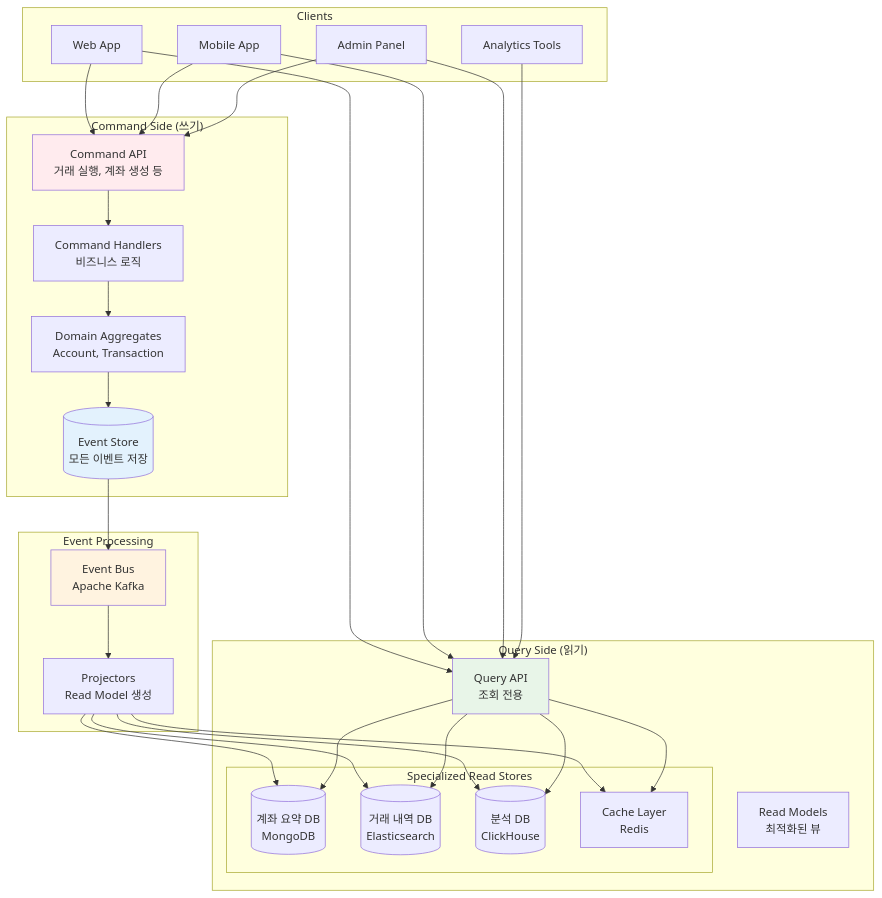
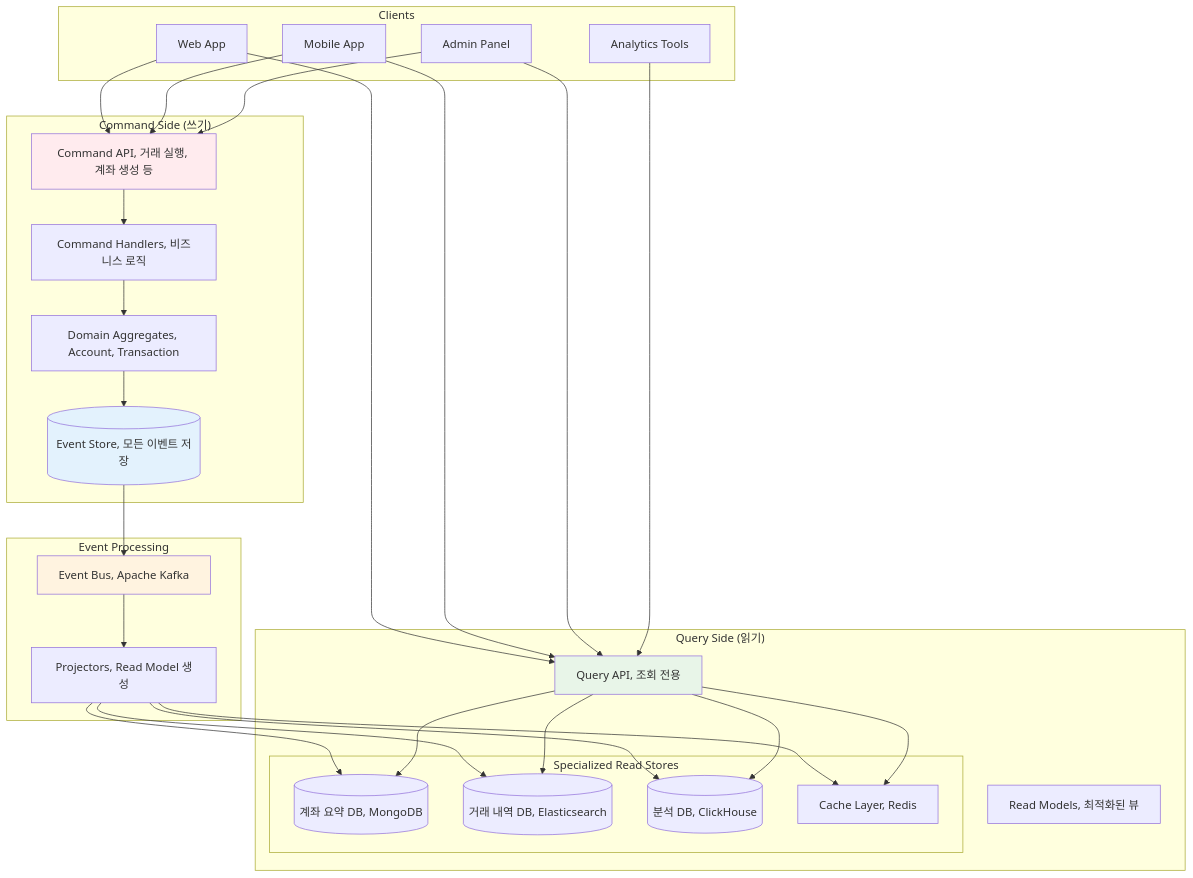
The diagram in docs/cs/guide/chapter-16-system-design-patterns/03-cqrs-event-sourcing.md (choru-k/choru-wiki), drawn with Mermaid before and after one commit. The commit also changed 26 other files, not shown here.

````diff
--- a/docs/cs/guide/chapter-16-system-design-patterns/03-cqrs-event-sourcing.md
+++ b/docs/cs/guide/chapter-16-system-design-patterns/03-cqrs-event-sourcing.md
@@ -73,63 +73,63 @@
 ```mermaid
 graph TB
     subgraph "Command Side (쓰기)"
-        CommandAPI[Command API<br/>거래 실행, 계좌 생성 등]
-        CommandHandlers[Command Handlers<br/>비즈니스 로직]
-        EventStore[(Event Store<br/>모든 이벤트 저장)]
-        Aggregates[Domain Aggregates<br/>Account, Transaction]
+        CommandAPI[Command API, 거래 실행, 계좌 생성 등]
+        CommandHandlers[Command Handlers, 비즈니스 로직]
+        EventStore[(Event Store, 모든 이벤트 저장)]
+        Aggregates[Domain Aggregates, Account, Transaction]
     end
     
     subgraph "Query Side (읽기)"
-        QueryAPI[Query API<br/>조회 전용]
-        ReadModels[Read Models<br/>최적화된 뷰]
+        QueryAPI[Query API, 조회 전용]
+        ReadModels[Read Models, 최적화된 뷰]
         
         subgraph "Specialized Read Stores"
-            AccountSummaryDB[(계좌 요약 DB<br/>MongoDB)]
-            TransactionHistoryDB[(거래 내역 DB<br/>Elasticsearch)]
-            AnalyticsDB[(분석 DB<br/>ClickHouse)]
-            CacheLayer[Cache Layer<br/>Redis]
+            AccountSummaryDB[(계좌 요약 DB, MongoDB)]
+            TransactionHistoryDB[(거래 내역 DB, Elasticsearch)]
+            AnalyticsDB[(분석 DB, ClickHouse)]
+            CacheLayer[Cache Layer, Redis]
         end
     end
     
     subgraph "Event Processing"
-        EventBus[Event Bus<br/>Apache Kafka]
-        Projectors[Projectors<br/>Read Model 생성]
+        EventBus[Event Bus, Apache Kafka]
+        Projectors[Projectors, Read Model 생성]
     end
     
     subgraph "Clients"
         WebApp[Web App]
         MobileApp[Mobile App]
         AdminPanel[Admin Panel]
         Analytics[Analytics Tools]
     end
     
     WebApp --> CommandAPI
     WebApp --> QueryAPI
     MobileApp --> CommandAPI
     MobileApp --> QueryAPI
     AdminPanel --> CommandAPI
     AdminPanel --> QueryAPI
     Analytics --> QueryAPI
     
     CommandAPI --> CommandHandlers
     CommandHandlers --> Aggregates
     Aggregates --> EventStore
     
     EventStore --> EventBus
     EventBus --> Projectors
     
     Projectors --> AccountSummaryDB
     Projectors --> TransactionHistoryDB
     Projectors --> AnalyticsDB
     Projectors --> CacheLayer
     
     QueryAPI --> AccountSummaryDB
     QueryAPI --> TransactionHistoryDB
     QueryAPI --> AnalyticsDB
     QueryAPI --> CacheLayer
     
     style CommandAPI fill:#ffebee
     style QueryAPI fill:#e8f5e8
     style EventStore fill:#e3f2fd
     style EventBus fill:#fff3e0
 ```
````
